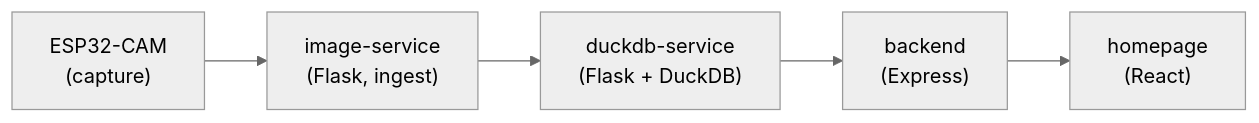
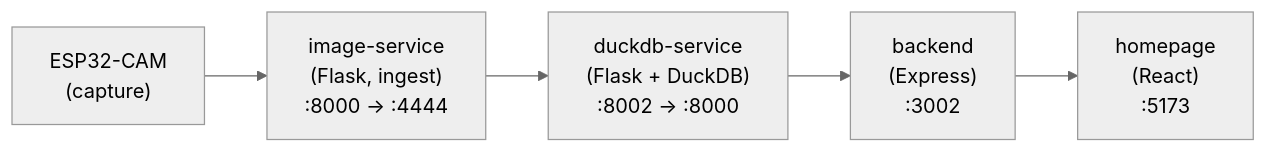
Before and after one commit to schutera/highfive: the diagram in docs/04-solution-strategy/README.md, drawn with Mermaid (neutral theme).

Commit message:
docs(04): add port info to overview pipeline diagram
The Mermaid pipeline in chapter 04 previously omitted ports on the
assumption they belonged in chapter 05's detail. The replaced PNG
(IngestionHiveHive.png) carried them, so dropping them was a regression
in self-containment for the strategy-chapter reader. Adding host:container
ports inline costs nothing in a 5-node diagram.

````diff
--- a/docs/04-solution-strategy/README.md
+++ b/docs/04-solution-strategy/README.md
@@ -13,7 +13,7 @@
 ```mermaid
 flowchart LR
-    ESP["ESP32-CAM<br/>(capture)"] --> IMG["image-service<br/>(Flask, ingest)"]
-    IMG --> DDB["duckdb-service<br/>(Flask + DuckDB)"]
-    DDB --> BE["backend<br/>(Express)"]
-    BE --> HP["homepage<br/>(React)"]
+    ESP["ESP32-CAM<br/>(capture)"] --> IMG["image-service<br/>(Flask, ingest)<br/>:8000 → :4444"]
+    IMG --> DDB["duckdb-service<br/>(Flask + DuckDB)<br/>:8002 → :8000"]
+    DDB --> BE["backend<br/>(Express)<br/>:3002"]
+    BE --> HP["homepage<br/>(React)<br/>:5173"]
 ```
````
